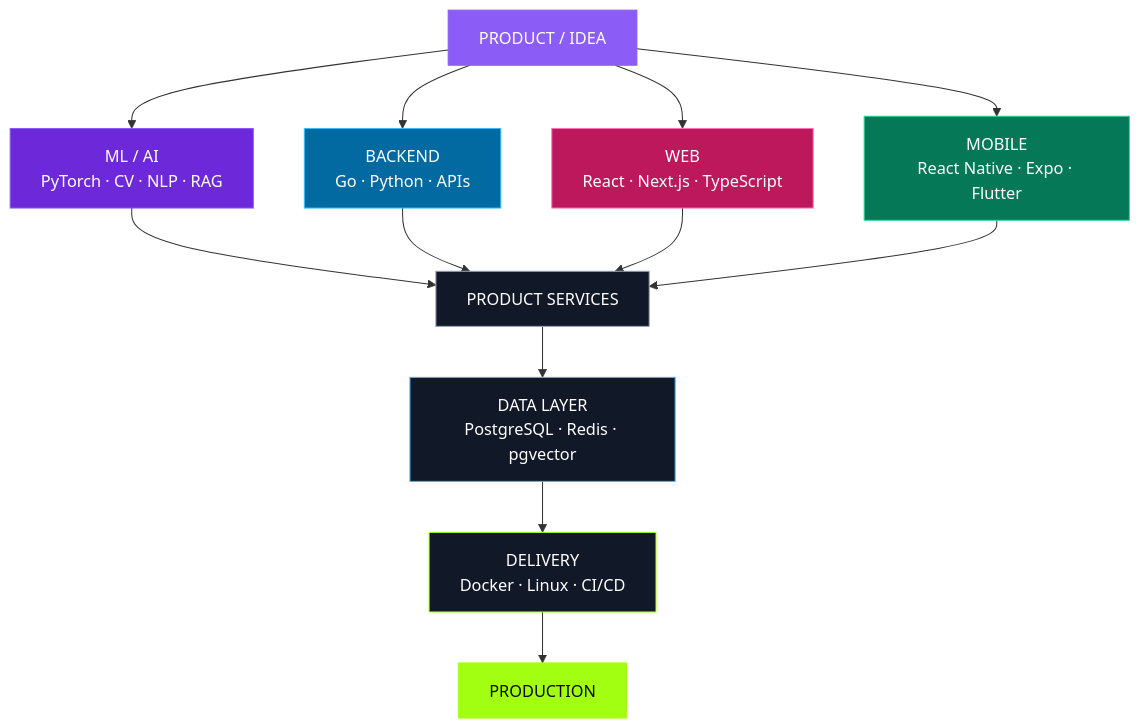
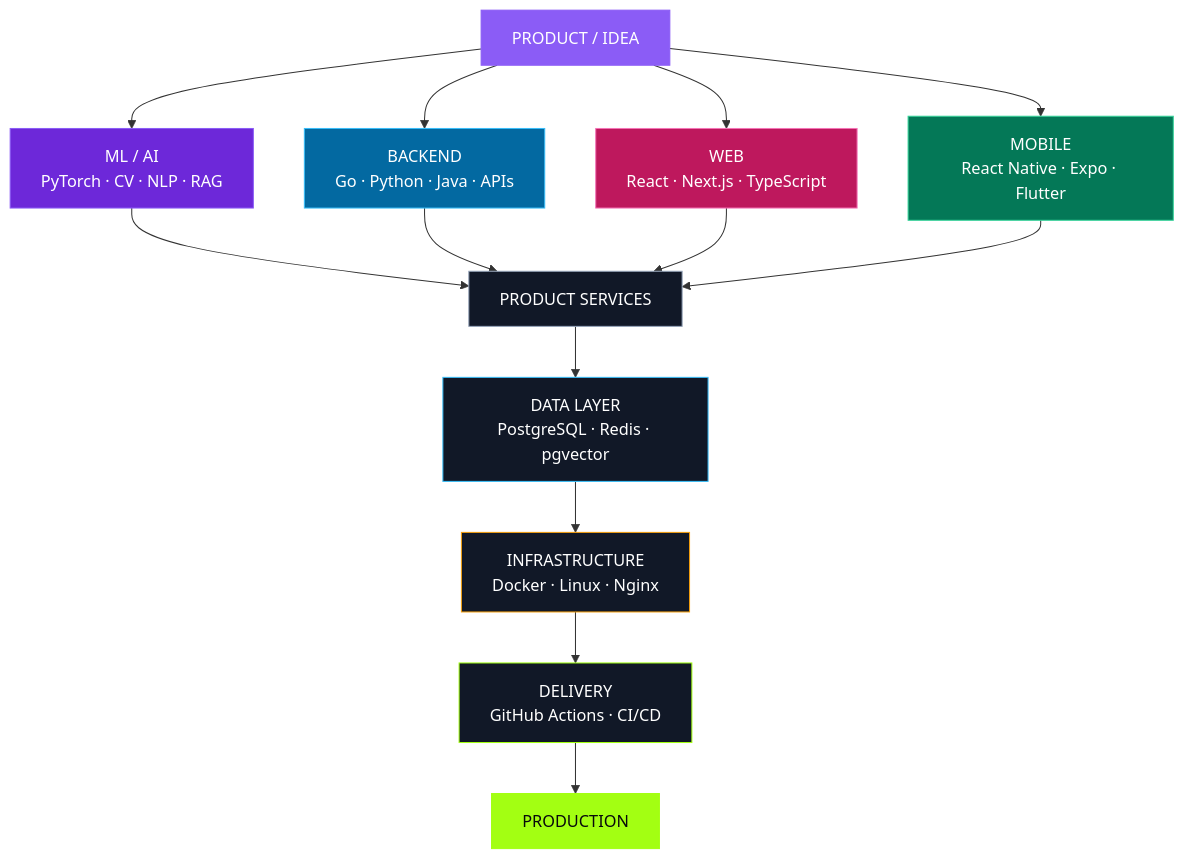
Before and after one commit to BitsOfDanya/BitsOfDanya: the diagram in README.md, drawn with Mermaid. The commit also changed other lines of this file, not shown here.

````diff
--- a/README.md
+++ b/README.md
@@ -344,28 +394,30 @@
 ```mermaid
 flowchart TB
     IDEA["PRODUCT / IDEA"]
 
     IDEA --> ML["ML / AI<br/>PyTorch · CV · NLP · RAG"]
-    IDEA --> BE["BACKEND<br/>Go · Python · APIs"]
+    IDEA --> BE["BACKEND<br/>Go · Python · Java · APIs"]
     IDEA --> FE["WEB<br/>React · Next.js · TypeScript"]
     IDEA --> MB["MOBILE<br/>React Native · Expo · Flutter"]
 
     ML --> CORE["PRODUCT SERVICES"]
     BE --> CORE
     FE --> CORE
     MB --> CORE
 
     CORE --> DATA["DATA LAYER<br/>PostgreSQL · Redis · pgvector"]
-    DATA --> SHIP["DELIVERY<br/>Docker · Linux · CI/CD"]
+    DATA --> INFRA["INFRASTRUCTURE<br/>Docker · Linux · Nginx"]
+    INFRA --> SHIP["DELIVERY<br/>GitHub Actions · CI/CD"]
     SHIP --> PROD["PRODUCTION"]
 
     style IDEA fill:#8B5CF6,color:#FFFFFF,stroke:#8B5CF6
     style ML fill:#6D28D9,color:#FFFFFF,stroke:#8B5CF6
     style BE fill:#0369A1,color:#FFFFFF,stroke:#38BDF8
     style FE fill:#BE185D,color:#FFFFFF,stroke:#F472B6
     style MB fill:#047857,color:#FFFFFF,stroke:#34D399
     style CORE fill:#111827,color:#FFFFFF,stroke:#94A3B8
     style DATA fill:#111827,color:#FFFFFF,stroke:#38BDF8
+    style INFRA fill:#111827,color:#FFFFFF,stroke:#F59E0B
     style SHIP fill:#111827,color:#FFFFFF,stroke:#A3FF12
     style PROD fill:#A3FF12,color:#08090B,stroke:#A3FF12
 ```
````
